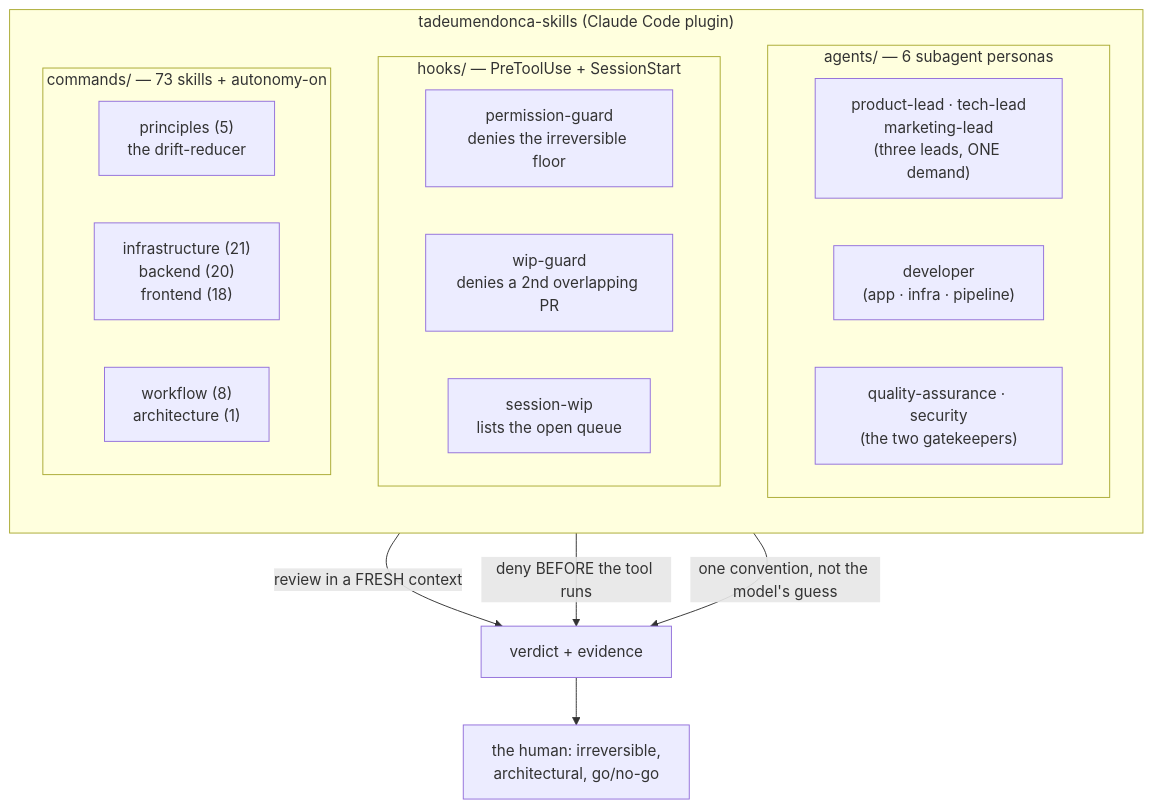
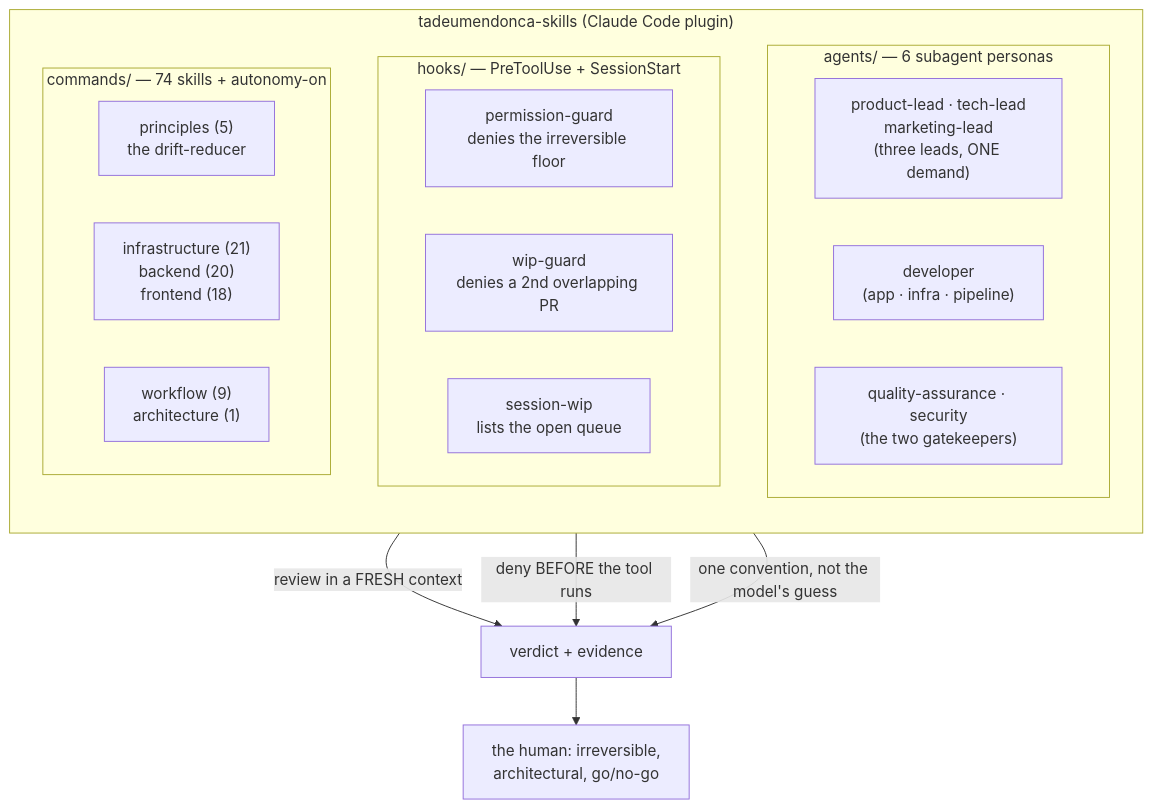
The diagram in README.md (tedeuxx/tadeumendonca-skills), drawn with Mermaid before and after one commit. The commit also changed other lines of this file and 4 other files, not shown here.

````diff
--- a/README.md
+++ b/README.md
@@ -52,32 +52,32 @@
 ```mermaid
 flowchart TB
   subgraph plugin["tadeumendonca-skills (Claude Code plugin)"]
     direction TB
 
     subgraph personas["agents/ — 6 subagent personas"]
       direction LR
       P1["product-lead · tech-lead<br/>marketing-lead<br/>(three leads, ONE demand)"]
       P2["developer<br/>(app · infra · pipeline)"]
       P3["quality-assurance · security<br/>(the two gatekeepers)"]
     end
 
     subgraph hooks["hooks/ — PreToolUse + SessionStart"]
       direction LR
       H1["permission-guard<br/>denies the irreversible floor"]
       H2["wip-guard<br/>denies a 2nd overlapping PR"]
       H3["session-wip<br/>lists the open queue"]
     end
 
-    subgraph skills["commands/ — 73 skills + autonomy-on"]
+    subgraph skills["commands/ — 74 skills + autonomy-on"]
       direction LR
       S1["principles (5)<br/>the drift-reducer"]
       S2["infrastructure (21)<br/>backend (20)<br/>frontend (18)"]
-      S3["workflow (8)<br/>architecture (1)"]
+      S3["workflow (9)<br/>architecture (1)"]
     end
   end
 
   personas -->|"review in a FRESH context"| verdict["verdict + evidence"]
   hooks -->|"deny BEFORE the tool runs"| verdict
   skills -->|"one convention, not the model's guess"| verdict
   verdict --> human["the human: irreversible,<br/>architectural, go/no-go"]
 ```
````
